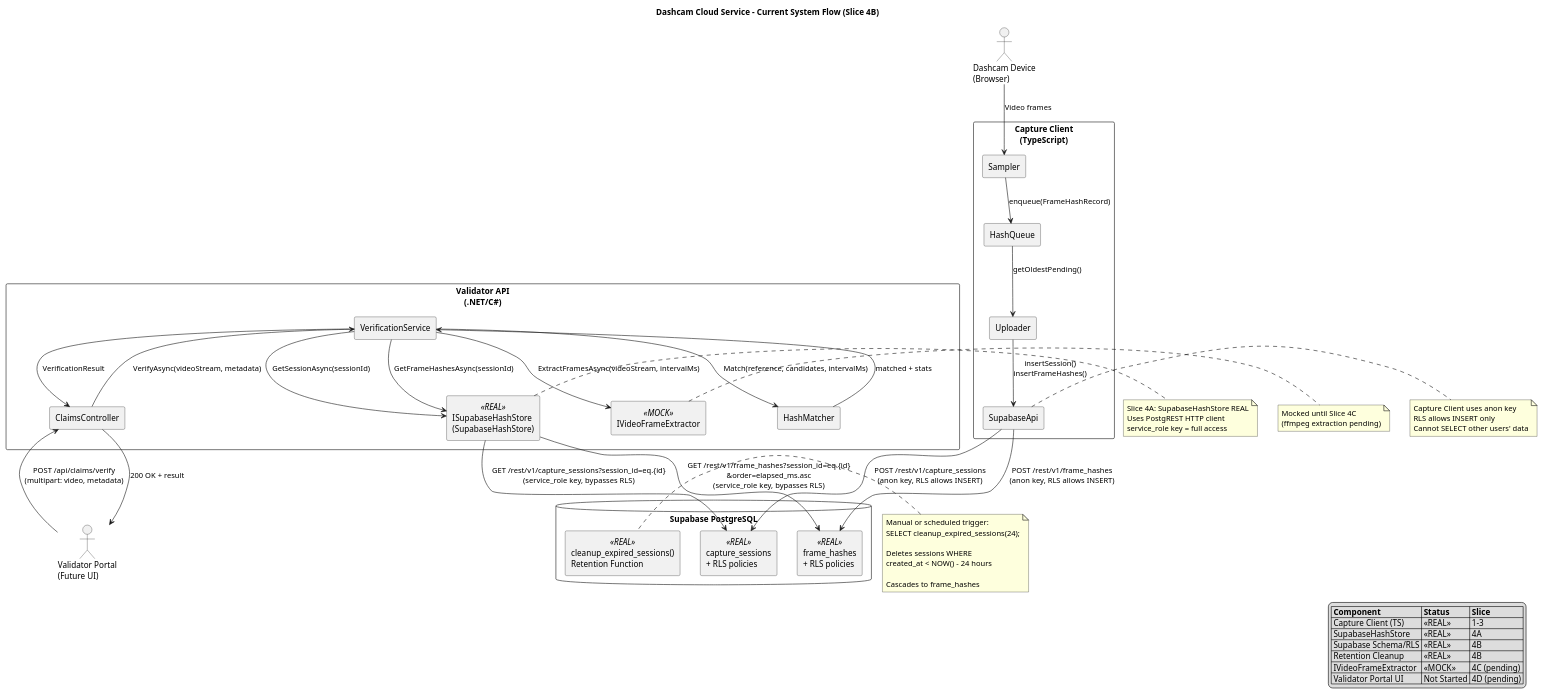
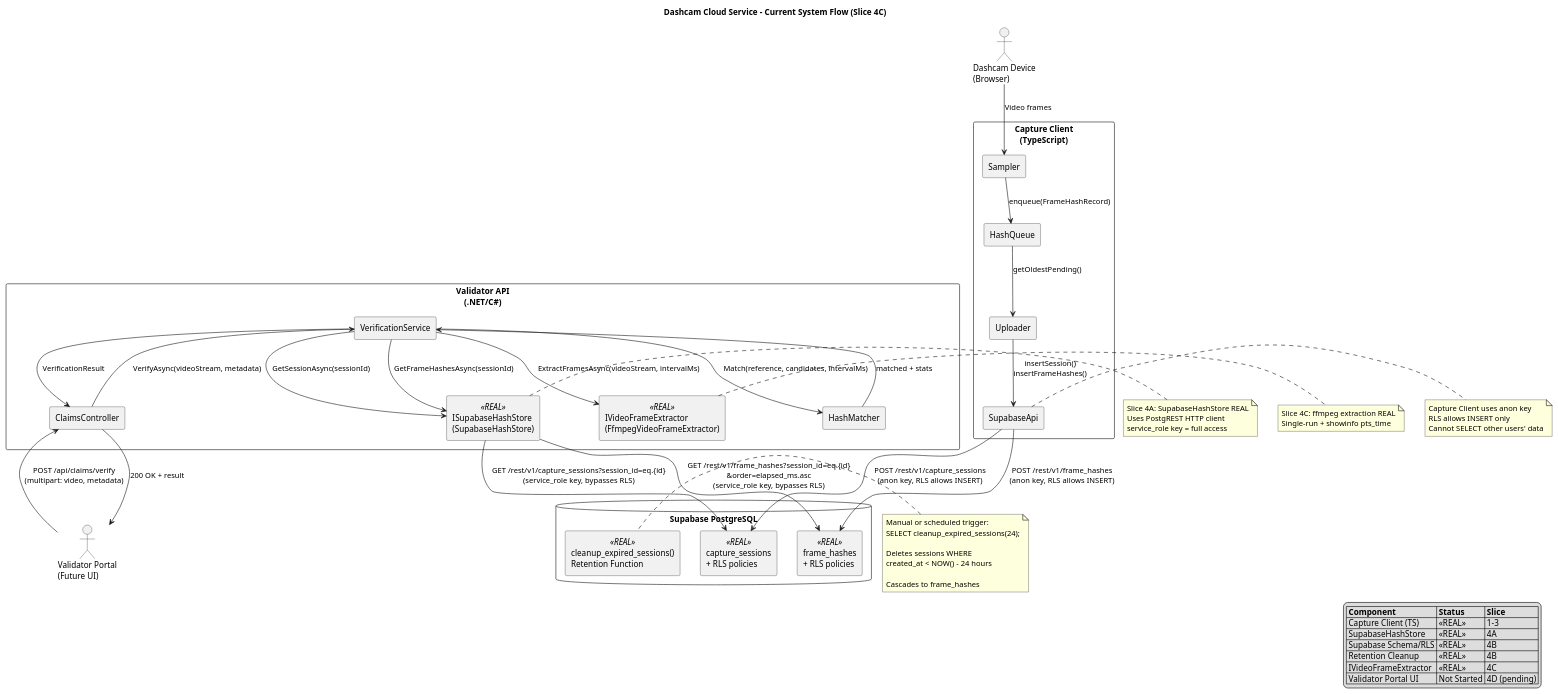
One commit to JayGarland/dashcam-cloudservice-web changed the diagram in docs/flow/current-system-flow.puml. Above: the diagram before and after it, drawn with PlantUML. The commit also changed 12 other files, not shown here.

First line of the commit message:
Implement ffmpeg-based video frame extraction

```diff
--- a/docs/flow/current-system-flow.puml
+++ b/docs/flow/current-system-flow.puml
@@ -1,107 +1,107 @@
 @startuml
 skinparam shadowing false
 skinparam componentStyle rectangle
 
-title Dashcam Cloud Service - Current System Flow (Slice 4B)
+title Dashcam Cloud Service - Current System Flow (Slice 4C)
 
 ' ============================================================================
 ' Actors and Components
 ' ============================================================================
 
 actor "Dashcam Device\n(Browser)" as Client
 actor "Validator Portal\n(Future UI)" as Portal
 
 component "Capture Client\n(TypeScript)" as CaptureApp {
   component "Sampler" as Sampler
   component "HashQueue" as Queue
   component "Uploader" as Uploader
   component "SupabaseApi" as ClientApi
 }
 
 component "Validator API\n(.NET/C#)" as ValidatorApp {
   component "ClaimsController" as Controller
   component "VerificationService" as Verify
   component "ISupabaseHashStore\n(SupabaseHashStore)" <<REAL>> as Store
-  component "IVideoFrameExtractor" <<MOCK>> as Extractor
+  component "IVideoFrameExtractor\n(FfmpegVideoFrameExtractor)" <<REAL>> as Extractor
   component "HashMatcher" as Matcher
 }
 
 database "Supabase PostgreSQL" as DB {
   component "capture_sessions\n+ RLS policies" <<REAL>> as SessionsTable
   component "frame_hashes\n+ RLS policies" <<REAL>> as HashesTable
   component "cleanup_expired_sessions()\nRetention Function" <<REAL>> as Cleanup
 }
 
 ' ============================================================================
 ' Capture Flow (Write Path)
 ' ============================================================================
 
 Client --> Sampler : Video frames
 Sampler --> Queue : enqueue(FrameHashRecord)
 Queue --> Uploader : getOldestPending()
 Uploader --> ClientApi : insertSession()\ninsertFrameHashes()
 ClientApi --> SessionsTable : POST /rest/v1/capture_sessions\n(anon key, RLS allows INSERT)
 ClientApi --> HashesTable : POST /rest/v1/frame_hashes\n(anon key, RLS allows INSERT)
 
 note right of ClientApi
 Capture Client uses anon key
 RLS allows INSERT only
 Cannot SELECT other users' data
 end note
 
 ' ============================================================================
 ' Verification Flow (Read Path)
 ' ============================================================================
 
 Portal --> Controller : POST /api/claims/verify\n(multipart: video, metadata)
 Controller --> Verify : VerifyAsync(videoStream, metadata)
 Verify --> Store : GetSessionAsync(sessionId)
 Store --> SessionsTable : GET /rest/v1/capture_sessions?session_id=eq.{id}\n(service_role key, bypasses RLS)
 Verify --> Store : GetFrameHashesAsync(sessionId)
 Store --> HashesTable : GET /rest/v1/frame_hashes?session_id=eq.{id}\n&order=elapsed_ms.asc\n(service_role key, bypasses RLS)
 Verify --> Extractor : ExtractFramesAsync(videoStream, intervalMs)
 Verify --> Matcher : Match(reference, candidates, intervalMs)
 Matcher --> Verify : matched + stats
 Verify --> Controller : VerificationResult
 Controller --> Portal : 200 OK + result
 
 note right of Store
 Slice 4A: SupabaseHashStore REAL
 Uses PostgREST HTTP client
 service_role key = full access
 end note
 
 note right of Extractor
-Mocked until Slice 4C
-(ffmpeg extraction pending)
+Slice 4C: ffmpeg extraction REAL
+Single-run + showinfo pts_time
 end note
 
 ' ============================================================================
 ' Retention Flow (Cleanup)
 ' ============================================================================
 
 note left of Cleanup
 Manual or scheduled trigger:
 SELECT cleanup_expired_sessions(24);
 
 Deletes sessions WHERE
 created_at < NOW() - 24 hours
 
 Cascades to frame_hashes
 end note
 
 ' ============================================================================
 ' Legend
 ' ============================================================================
 
 legend right
   |= Component |= Status |= Slice |
   | Capture Client (TS) | <<REAL>> | 1-3 |
   | SupabaseHashStore | <<REAL>> | 4A |
   | Supabase Schema/RLS | <<REAL>> | 4B |
   | Retention Cleanup | <<REAL>> | 4B |
-  | IVideoFrameExtractor | <<MOCK>> | 4C (pending) |
+  | IVideoFrameExtractor | <<REAL>> | 4C |
   | Validator Portal UI | Not Started | 4D (pending) |
 endlegend
 
 @enduml
```
